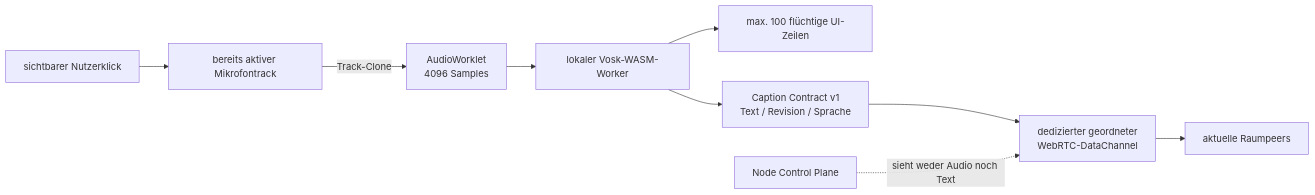
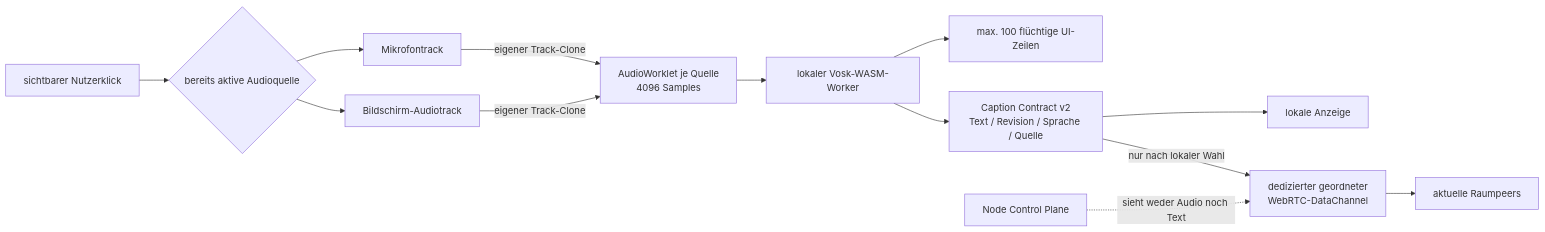
One commit to ananta888/webrtc-minimize-server changed the diagram in docs/browser-vosk-captions.md. Above: the diagram before and after it, drawn with Mermaid. The commit also changed other lines of this file and 18 other files, not shown here.

Commit message:
feat(captions): transcribe shared screen audio

````diff
--- a/docs/browser-vosk-captions.md
+++ b/docs/browser-vosk-captions.md
@@ -63,11 +72,15 @@
 ```mermaid
 flowchart LR
-    Click["sichtbarer Nutzerklick"] --> ExistingMic["bereits aktiver Mikrofontrack"]
-    ExistingMic -->|"Track-Clone"| Worklet["AudioWorklet\n4096 Samples"]
+    Click["sichtbarer Nutzerklick"] --> ExistingAudio{"bereits aktive Audioquelle"}
+    ExistingAudio --> ExistingMic["Mikrofontrack"]
+    ExistingAudio --> ExistingScreen["Bildschirm-Audiotrack"]
+    ExistingMic -->|"eigener Track-Clone"| Worklet["AudioWorklet je Quelle\n4096 Samples"]
+    ExistingScreen -->|"eigener Track-Clone"| Worklet
     Worklet --> Worker["lokaler Vosk-WASM-Worker"]
     Worker --> State["max. 100 flüchtige UI-Zeilen"]
-    Worker --> Contract["Caption Contract v1\nText / Revision / Sprache"]
-    Contract --> DC["dedizierter geordneter\nWebRTC-DataChannel"]
+    Worker --> Contract["Caption Contract v2\nText / Revision / Sprache / Quelle"]
+    Contract --> Local["lokale Anzeige"]
+    Contract -->|"nur nach lokaler Wahl"| DC["dedizierter geordneter\nWebRTC-DataChannel"]
     DC --> Peers["aktuelle Raumpeers"]
     Signaling["Node Control Plane"] -.->|"sieht weder Audio noch Text"| DC
 ```
````
